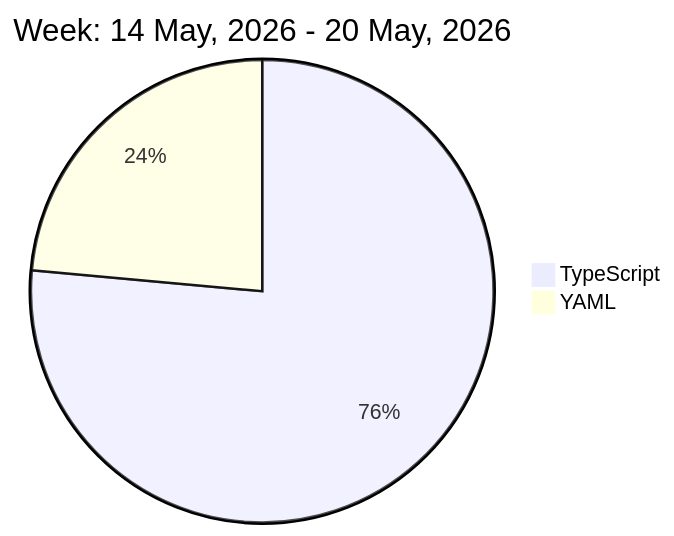
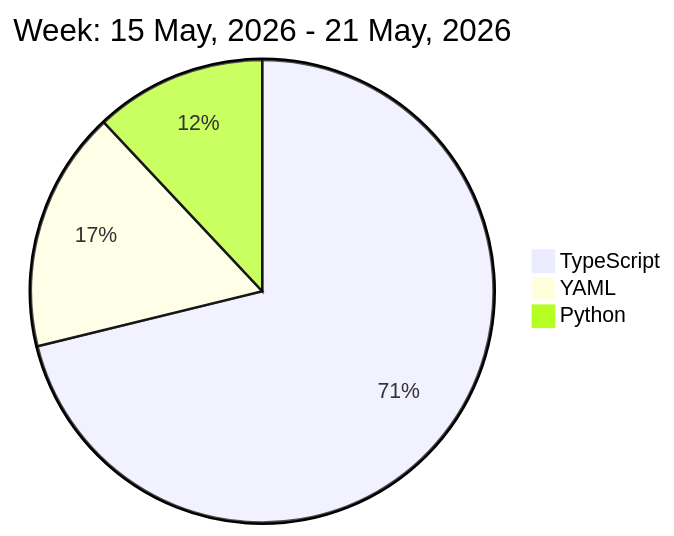
Before and after one commit to liubin95/liubin95: the diagram in README.md, drawn with Mermaid.

Commit message:
Updated the Graph with new Metrics

````diff
--- a/README.md
+++ b/README.md
@@ -32,6 +32,7 @@
 ```mermaid
  pie
-title Week: 14 May, 2026 - 20 May, 2026
- "TypeScript" : 9.8
- "YAML" : 3.02
+title Week: 15 May, 2026 - 21 May, 2026
+ "TypeScript" : 12.35
+ "YAML" : 2.92
+ "Python" : 2.08
 ```
````
